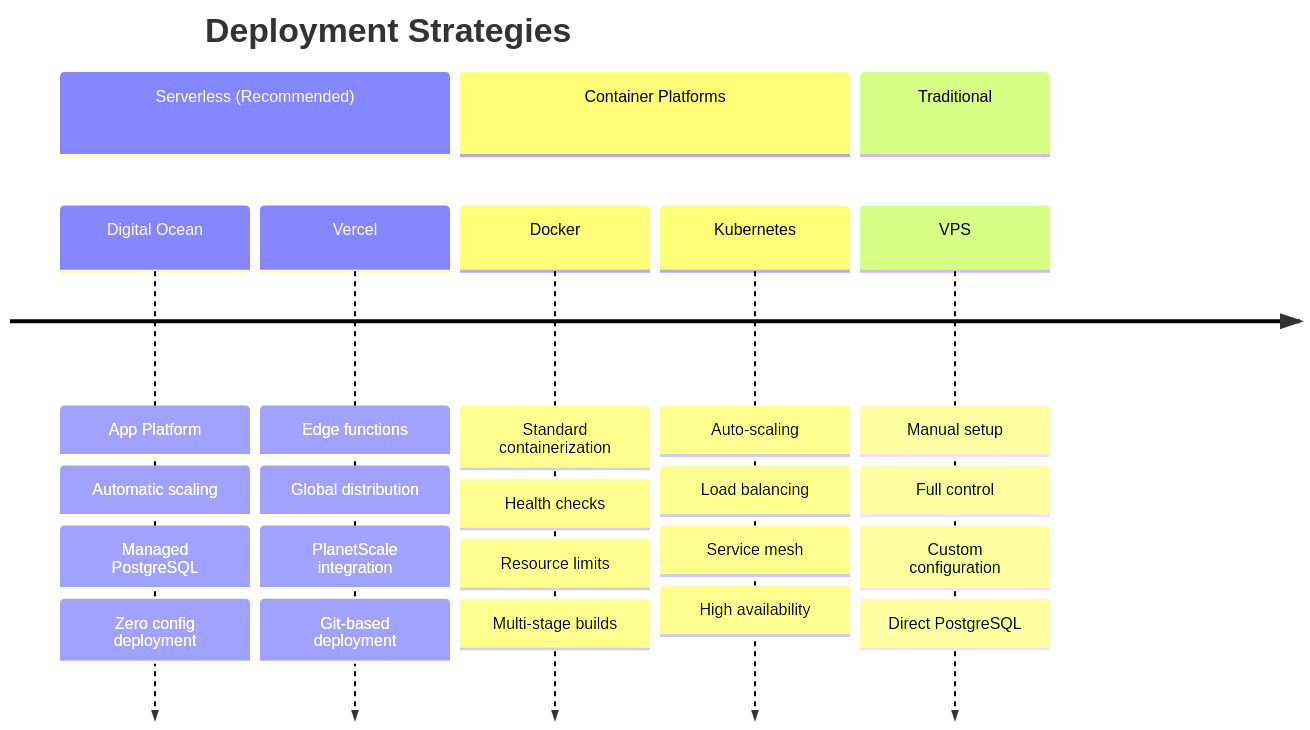
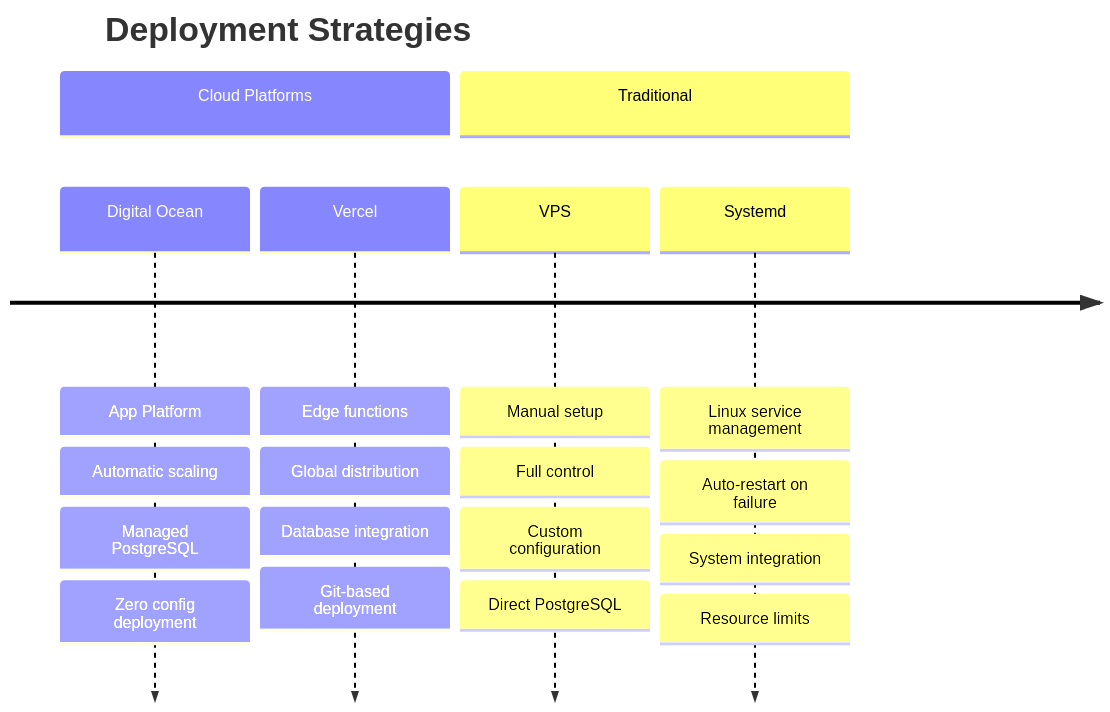
The eighth of 10 diagrams in README.md (Surebob/discord-claude), drawn with Mermaid before and after one commit. The commit also changed other lines of this file and 7 other files, not shown here.

````diff
--- a/README.md
+++ b/README.md
@@ -385,32 +404,26 @@
 ```mermaid
 timeline
     title Deployment Strategies
     
-    section Serverless (Recommended)
+    section Cloud Platforms
         Digital Ocean : App Platform
                       : Automatic scaling
                       : Managed PostgreSQL
                       : Zero config deployment
         
         Vercel : Edge functions
                : Global distribution
-               : PlanetScale integration
+               : Database integration
                : Git-based deployment
-    
-    section Container Platforms
-        Docker : Standard containerization
-               : Health checks
-               : Resource limits
-               : Multi-stage builds
-        
-        Kubernetes : Auto-scaling
-                   : Load balancing
-                   : Service mesh
-                   : High availability
     
     section Traditional
         VPS : Manual setup
             : Full control
             : Custom configuration
             : Direct PostgreSQL
+            
+        Systemd : Linux service management
+                : Auto-restart on failure
+                : System integration
+                : Resource limits
 ```
````
